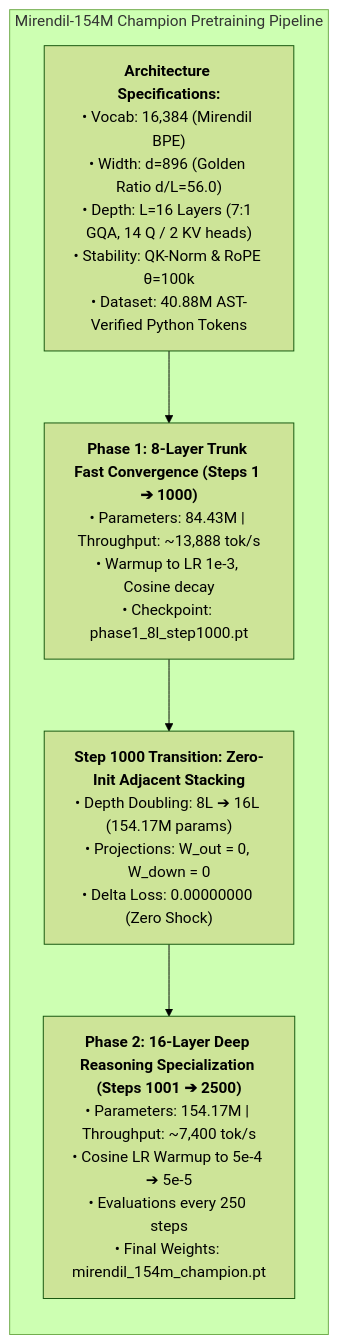
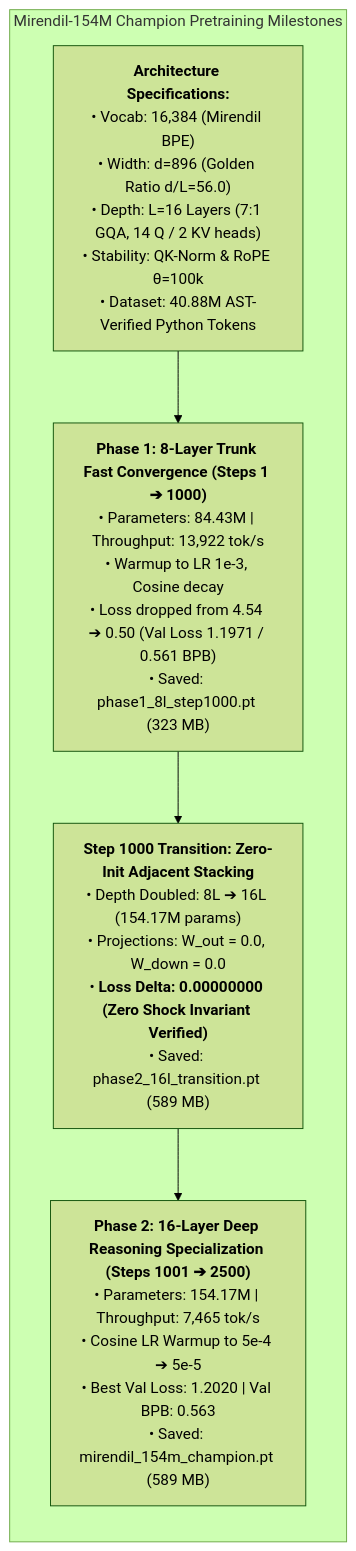
One commit to RamakantShankar/rsi-pretrain changed the tenth of 10 diagrams in RESEARCH_JOURNAL.md. Above: the diagram before and after it, drawn with Mermaid (forest theme). The commit also changed other lines of this file and 2 other files, not shown here.

Commit message:
feat(pretrain): complete mirendil-154m champion pretraining (2500 steps, 40.96M tokens) on DGX GB10

````diff
--- a/RESEARCH_JOURNAL.md
+++ b/RESEARCH_JOURNAL.md
@@ -400,15 +400,15 @@
 ```mermaid
 flowchart TD
-    subgraph ProductionPipeline ["Mirendil-154M Champion Pretraining Pipeline"]
+    subgraph ProductionResults ["Mirendil-154M Champion Pretraining Milestones"]
         direction TB
         CFG["<b>Architecture Specifications:</b><br>• Vocab: 16,384 (Mirendil BPE)<br>• Width: d=896 (Golden Ratio d/L=56.0)<br>• Depth: L=16 Layers (7:1 GQA, 14 Q / 2 KV heads)<br>• Stability: QK-Norm & RoPE θ=100k<br>• Dataset: 40.88M AST-Verified Python Tokens"]
         
-        P1["<b>Phase 1: 8-Layer Trunk Fast Convergence (Steps 1 ➔ 1000)</b><br>• Parameters: 84.43M | Throughput: ~13,888 tok/s<br>• Warmup to LR 1e-3, Cosine decay<br>• Checkpoint: phase1_8l_step1000.pt"]
+        P1["<b>Phase 1: 8-Layer Trunk Fast Convergence (Steps 1 ➔ 1000)</b><br>• Parameters: 84.43M | Throughput: 13,922 tok/s<br>• Warmup to LR 1e-3, Cosine decay<br>• Loss dropped from 4.54 ➔ 0.50 (Val Loss 1.1971 / 0.561 BPB)<br>• Saved: phase1_8l_step1000.pt (323 MB)"]
         
-        T["<b>Step 1000 Transition: Zero-Init Adjacent Stacking</b><br>• Depth Doubling: 8L ➔ 16L (154.17M params)<br>• Projections: W_out = 0, W_down = 0<br>• Delta Loss: 0.00000000 (Zero Shock)"]
+        T["<b>Step 1000 Transition: Zero-Init Adjacent Stacking</b><br>• Depth Doubled: 8L ➔ 16L (154.17M params)<br>• Projections: W_out = 0.0, W_down = 0.0<br>• <b>Loss Delta: 0.00000000 (Zero Shock Invariant Verified)</b><br>• Saved: phase2_16l_transition.pt (589 MB)"]
         
-        P2["<b>Phase 2: 16-Layer Deep Reasoning Specialization (Steps 1001 ➔ 2500)</b><br>• Parameters: 154.17M | Throughput: ~7,400 tok/s<br>• Cosine LR Warmup to 5e-4 ➔ 5e-5<br>• Evaluations every 250 steps<br>• Final Weights: mirendil_154m_champion.pt"]
+        P2["<b>Phase 2: 16-Layer Deep Reasoning Specialization (Steps 1001 ➔ 2500)</b><br>• Parameters: 154.17M | Throughput: 7,465 tok/s<br>• Cosine LR Warmup to 5e-4 ➔ 5e-5<br>• Best Val Loss: 1.2020 | Val BPB: 0.563<br>• Saved: mirendil_154m_champion.pt (589 MB)"]
         
         CFG --> P1 --> T --> P2
     end
 ```
````
